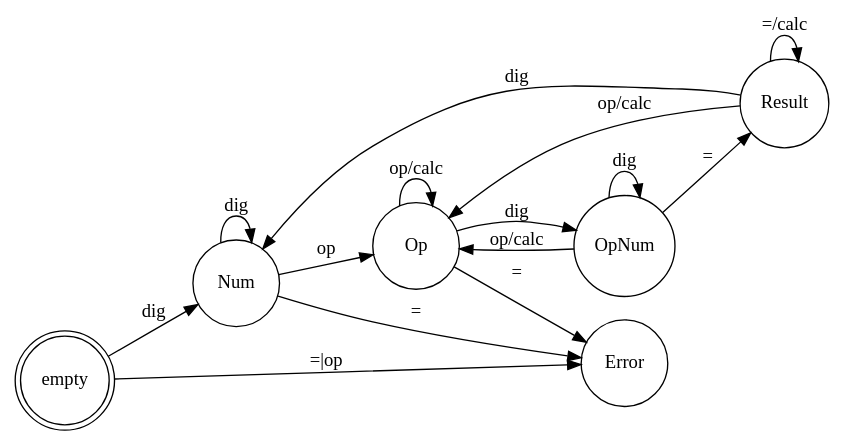
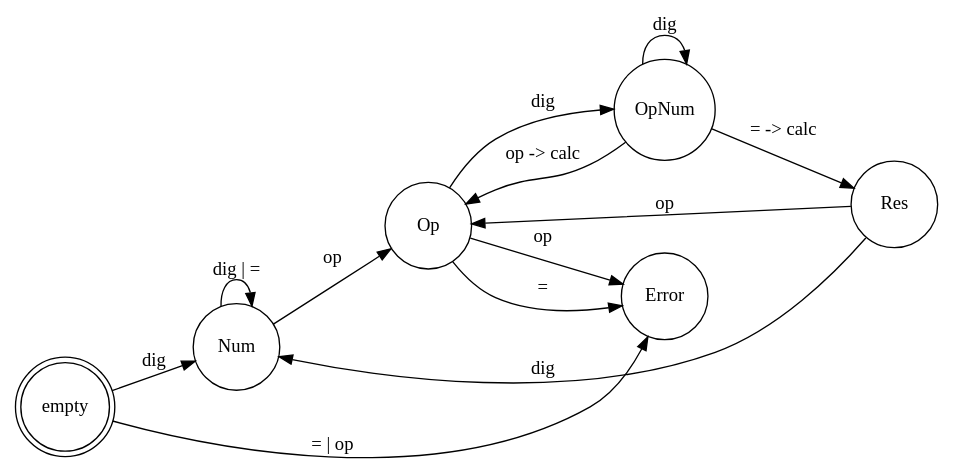
One commit to jleahred/katas changed the diagram in web/wasm/calculator/README.md. Above: the diagram before and after it, drawn with Graphviz. The commit also changed other lines of this file and 3 other files, not shown here.

````diff
--- a/web/wasm/calculator/README.md
+++ b/web/wasm/calculator/README.md
@@ -9,29 +11,27 @@
 ```graphviz
 digraph finite_state_machine {
     rankdir=LR;
     #size="10"
 
     node [width=0.9];
     node [shape = doublecircle]; empty;
     node [shape = circle];
 
     empty -> Num [ label = "dig"]
-    empty -> Error [ label = "=|op"]
+    empty -> Error [ label = "= | op"]
 
-    Num -> Num [ label = "dig"]
+    Num -> Num [ label = "dig | ="]
     Num -> Op [ label = "op"]
-    Num -> Error [ label = "="]
 
     Op -> OpNum [ label = "dig"]
-    Op -> Op [ label = "op/calc"]
+    Op -> Error [ label = "op"]
     Op -> Error [ label = "="]
 
     OpNum -> OpNum [ label = "dig"]
-    OpNum -> Op [ label = "op/calc"]
-    OpNum -> Result [ label = "="]
+    OpNum -> Op [ label = "op -> calc"]
+    OpNum -> Res [ label = "= -> calc"]
 
-    Result -> Num [ label = "dig"]
-    Result -> Op [ label = "op/calc"]
-    Result -> Result [ label = "=/calc"]
+    Res -> Op [ label = "op"]
+    Res -> Num [ label = "dig"]
 }
 ```
````
